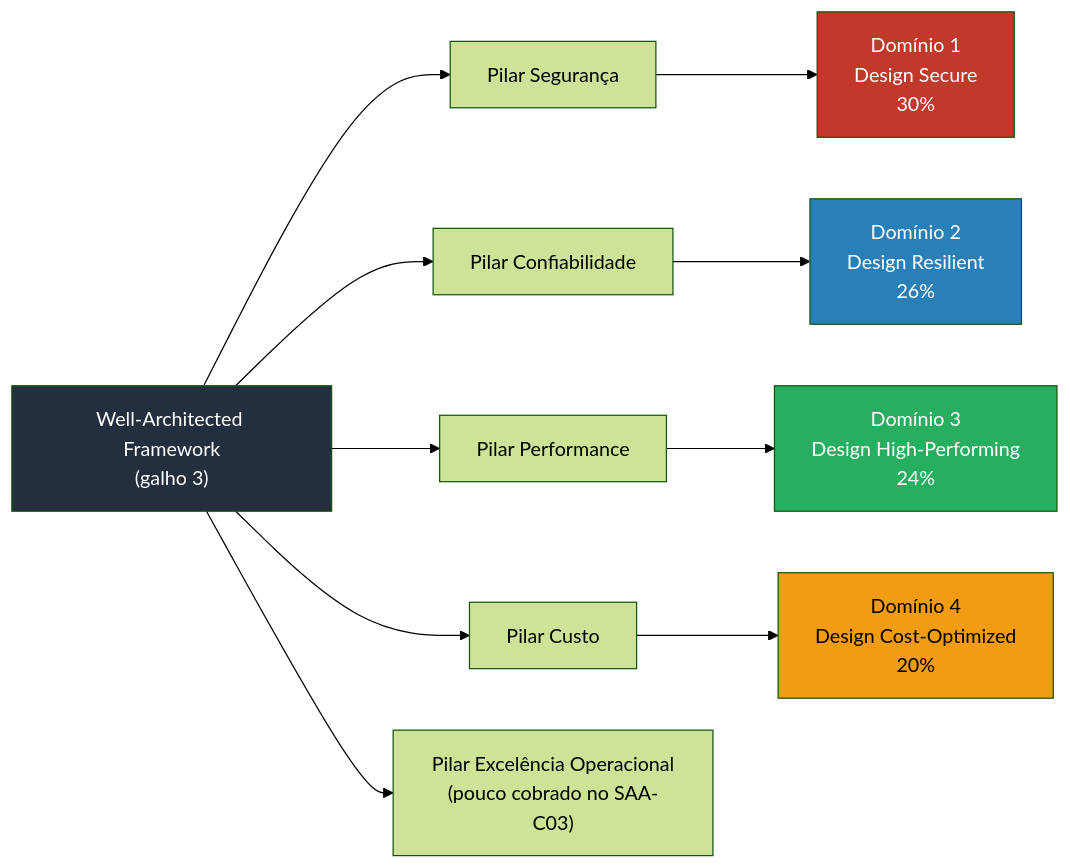
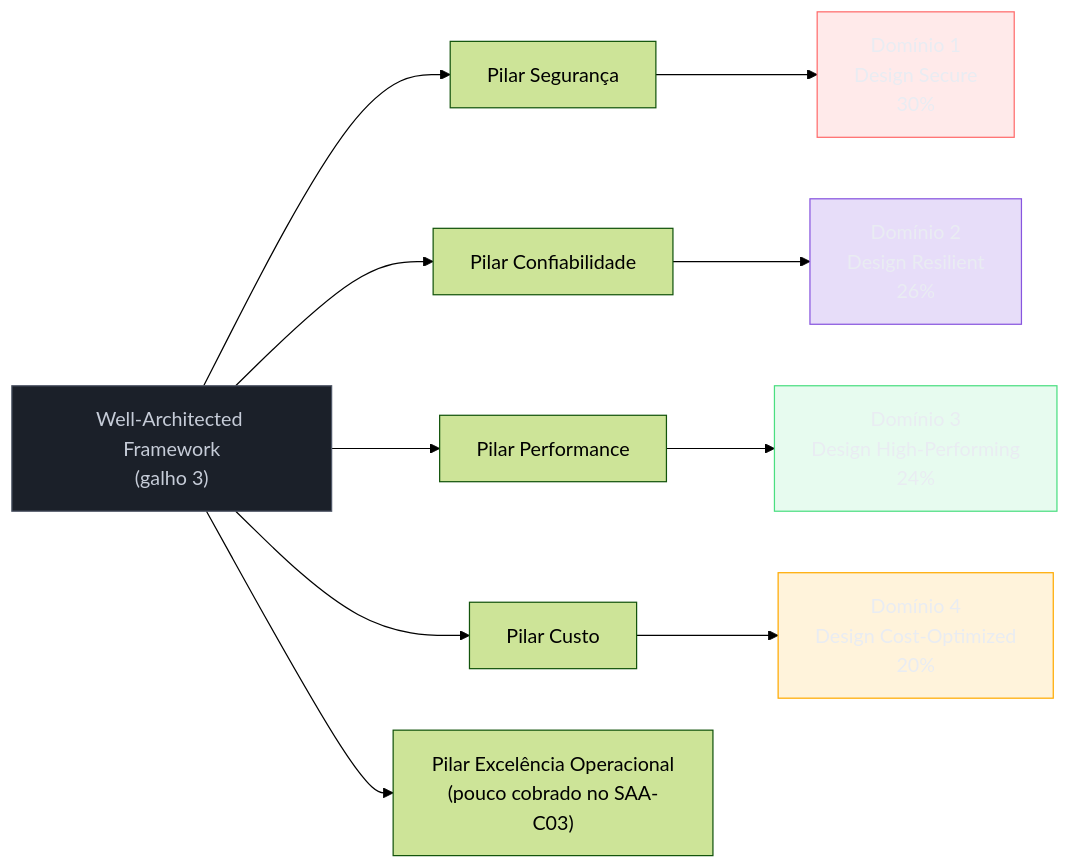
The first of 2 diagrams in 03-Dominios/Tecnologia/Cloud/24 - Certificação AWS Solutions Architect Associate/03 - Mapa da trilha ao blueprint.md (josenaldo/codex-technomanticus), drawn with Mermaid (forest theme) before and after one commit. The commit also changed other lines of this file and 1181 other files, not shown here.

First line of the commit message:
fix(diagramas): paleta do sistema no lugar de cor cravada no markdown

````diff
--- a/03-Dominios/Tecnologia/Cloud/24 - Certificação AWS Solutions Architect Associate/03 - Mapa da trilha ao blueprint.md
+++ b/03-Dominios/Tecnologia/Cloud/24 - Certificação AWS Solutions Architect Associate/03 - Mapa da trilha ao blueprint.md
@@ -33,20 +33,25 @@
 ```mermaid
 flowchart LR
+    classDef neutro fill:#1B2029,stroke:#4E5666,color:#C6CCD8
+    classDef falha fill:#FF6B6B24,stroke:#FF6B6B,color:#E9ECF2
+    classDef marca fill:#8855DF33,stroke:#8855DF,color:#E9ECF2
+    classDef ok fill:#4ADE8021,stroke:#4ADE80,color:#E9ECF2
+    classDef destaque fill:#FFAA0024,stroke:#FFAA00,color:#E9ECF2
     WA["Well-Architected Framework<br/>(galho 3)"]
     WA --> S["Pilar Segurança"]
     WA --> R["Pilar Confiabilidade"]
     WA --> P["Pilar Performance"]
     WA --> C["Pilar Custo"]
     WA --> O["Pilar Excelência Operacional<br/>(pouco cobrado no SAA-C03)"]
 
     S --> D1["Domínio 1<br/>Design Secure<br/>30%"]
     R --> D2["Domínio 2<br/>Design Resilient<br/>26%"]
     P --> D3["Domínio 3<br/>Design High-Performing<br/>24%"]
     C --> D4["Domínio 4<br/>Design Cost-Optimized<br/>20%"]
 
-    style WA fill:#232f3e,color:#fff
-    style D1 fill:#c0392b,color:#fff
-    style D2 fill:#2980b9,color:#fff
-    style D3 fill:#27ae60,color:#fff
-    style D4 fill:#f39c12,color:#000
+    class WA neutro
+    class D1 falha
+    class D2 marca
+    class D3 ok
+    class D4 destaque
 ```
````
